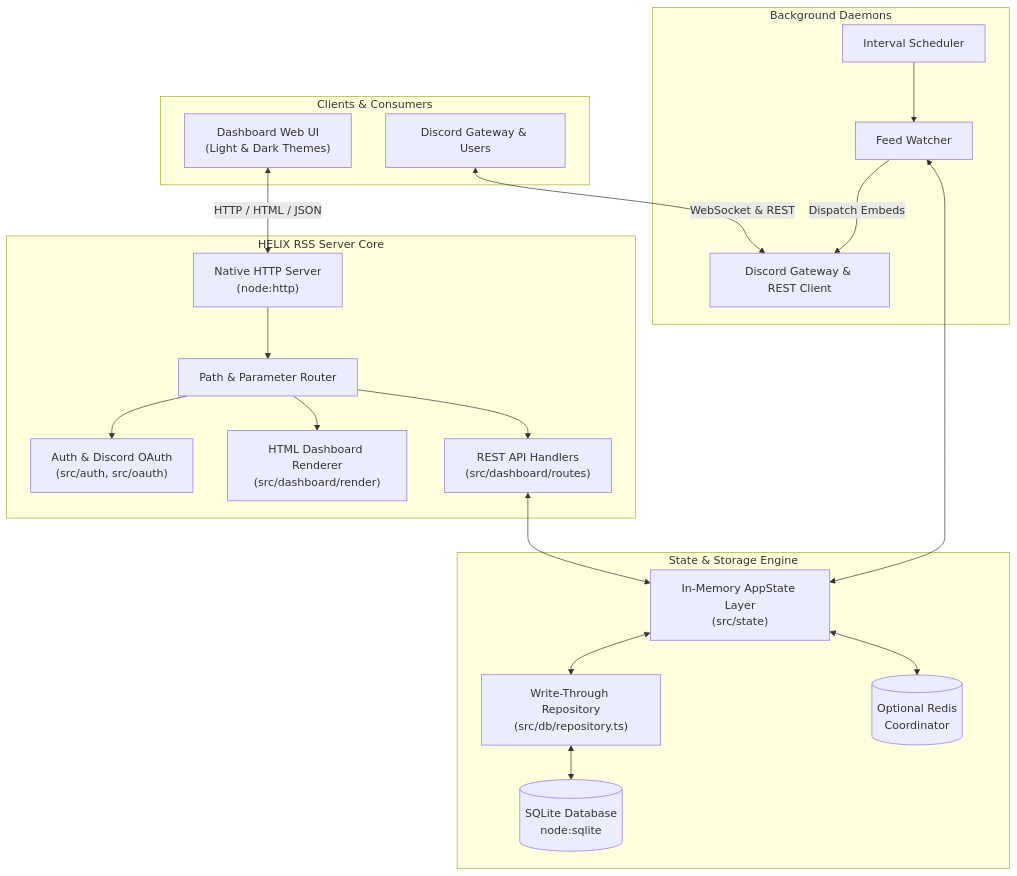
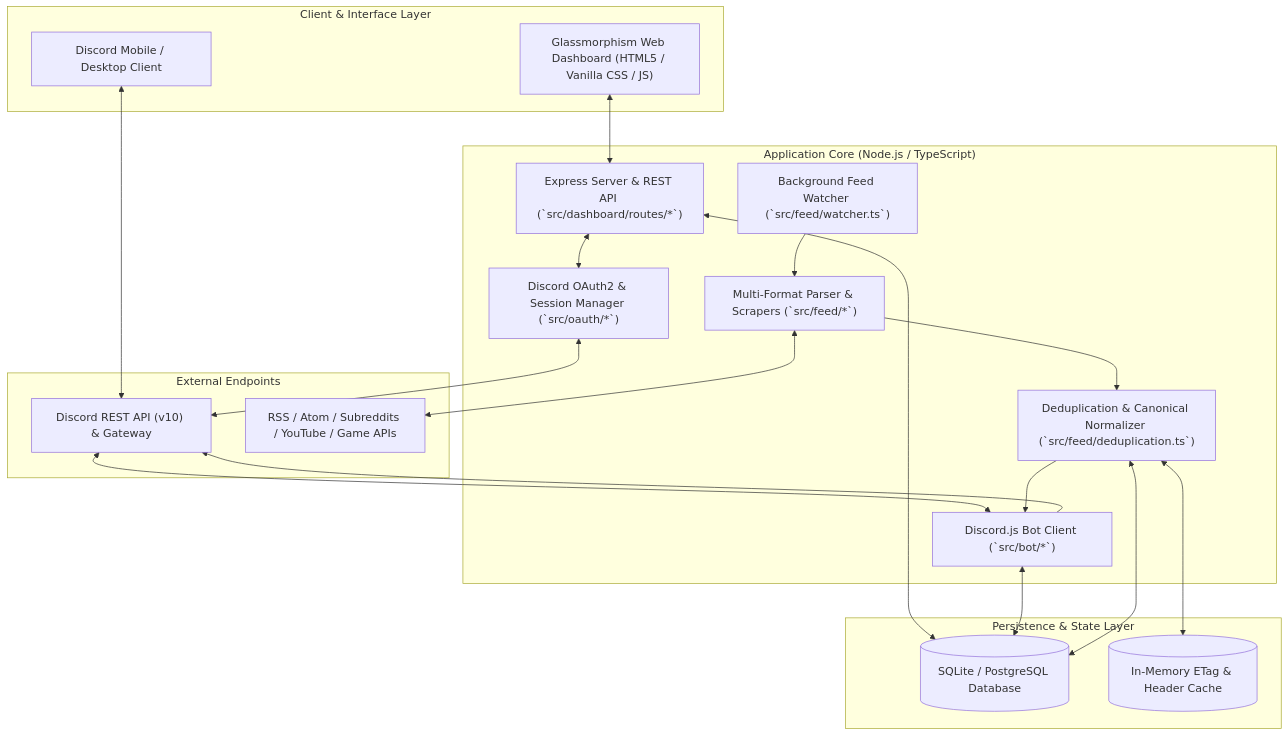
The first of 2 diagrams in wiki/Architecture-and-Design.md (HELIX-Origin/Discord-RSS), drawn with Mermaid before and after one commit. The commit also changed other lines of this file and 15 other files, not shown here.

````diff
--- a/wiki/Architecture-and-Design.md
+++ b/wiki/Architecture-and-Design.md
@@ -9,43 +9,43 @@
 ```mermaid
-flowchart TD
-    subgraph Clients [Clients & Consumers]
-        Browser["Dashboard Web UI<br/>(Light & Dark Themes)"]
-        DiscordApp["Discord Gateway & Users"]
+flowchart TB
+    subgraph ClientLayer["Client & Interface Layer"]
+        Dashboard["Glassmorphism Web Dashboard (HTML5 / Vanilla CSS / JS)"]
+        DiscordApp["Discord Mobile / Desktop Client"]
     end
 
-    subgraph ServerCore [HELIX RSS Server Core]
-        HttpServer["Native HTTP Server<br/>(node:http)"]
-        Router["Path & Parameter Router"]
-        AuthModule["Auth & Discord OAuth<br/>(src/auth, src/oauth)"]
-        DashboardRenderer["HTML Dashboard Renderer<br/>(src/dashboard/render)"]
-        ApiRoutes["REST API Handlers<br/>(src/dashboard/routes)"]
+    subgraph AppLayer["Application Core (Node.js / TypeScript)"]
+        Express["Express Server & REST API (`src/dashboard/routes/*`)"]
+        SessionMgr["Discord OAuth2 & Session Manager (`src/oauth/*`)"]
+        BotClient["Discord.js Bot Client (`src/bot/*`)"]
+        FeedWatcher["Background Feed Watcher (`src/feed/watcher.ts`)"]
+        ParserEngine["Multi-Format Parser & Scrapers (`src/feed/*`)"]
+        DedupEngine["Deduplication & Canonical Normalizer (`src/feed/deduplication.ts`)"]
     end
 
-    subgraph StateAndStorage [State & Storage Engine]
-        AppState["In-Memory AppState Layer<br/>(src/state)"]
-        Repository["Write-Through Repository<br/>(src/db/repository.ts)"]
-        SQLiteDB[("SQLite Database<br/>node:sqlite")]
-        RedisCoord[("Optional Redis<br/>Coordinator")]
+    subgraph DataLayer["Persistence & State Layer"]
+        DB[(SQLite / PostgreSQL Database)]
+        Cache[(In-Memory ETag & Header Cache)]
     end
 
-    subgraph BackgroundDaemons [Background Daemons]
-        Scheduler["Interval Scheduler"]
-        FeedWatcher["Feed Watcher"]
-        DiscordBotClient["Discord Gateway & REST Client"]
+    subgraph ExternalServices["External Endpoints"]
+        DiscordAPI["Discord REST API (v10) & Gateway"]
+        RemoteFeeds["RSS / Atom / Subreddits / YouTube / Game APIs"]
     end
 
-    Browser <-->|"HTTP / HTML / JSON"| HttpServer
-    DiscordApp <-->|"WebSocket & REST"| DiscordBotClient
-    HttpServer --> Router
-    Router --> AuthModule
-    Router --> DashboardRenderer
-    Router --> ApiRoutes
+    Dashboard <--> Express
+    Express <--> SessionMgr
+    SessionMgr <--> DiscordAPI
+    Express <--> DB
 
-    ApiRoutes <--> AppState
-    Scheduler --> FeedWatcher
-    FeedWatcher <--> AppState
-    AppState <--> Repository
-    Repository <--> SQLiteDB
-    AppState <--> RedisCoord
-    FeedWatcher -->|"Dispatch Embeds"| DiscordBotClient
+    DiscordApp <--> DiscordAPI
+    DiscordAPI <--> BotClient
+    BotClient <--> DB
+
+    FeedWatcher --> ParserEngine
+    ParserEngine <--> RemoteFeeds
+    ParserEngine --> DedupEngine
+    DedupEngine <--> DB
+    DedupEngine <--> Cache
+    DedupEngine --> BotClient
+    BotClient --> DiscordAPI
 ```
````
